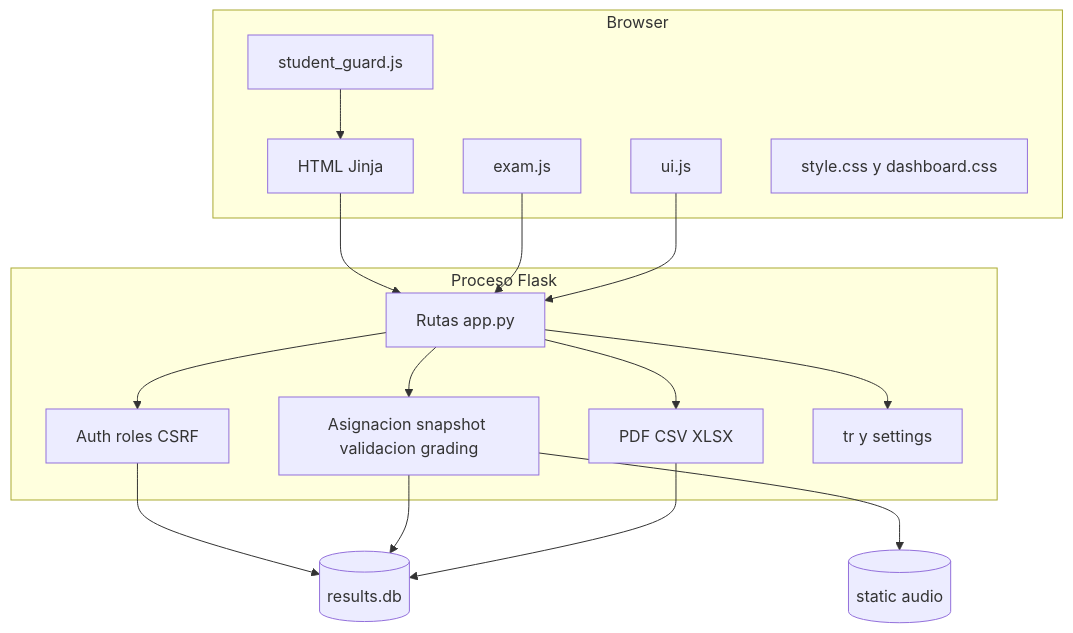
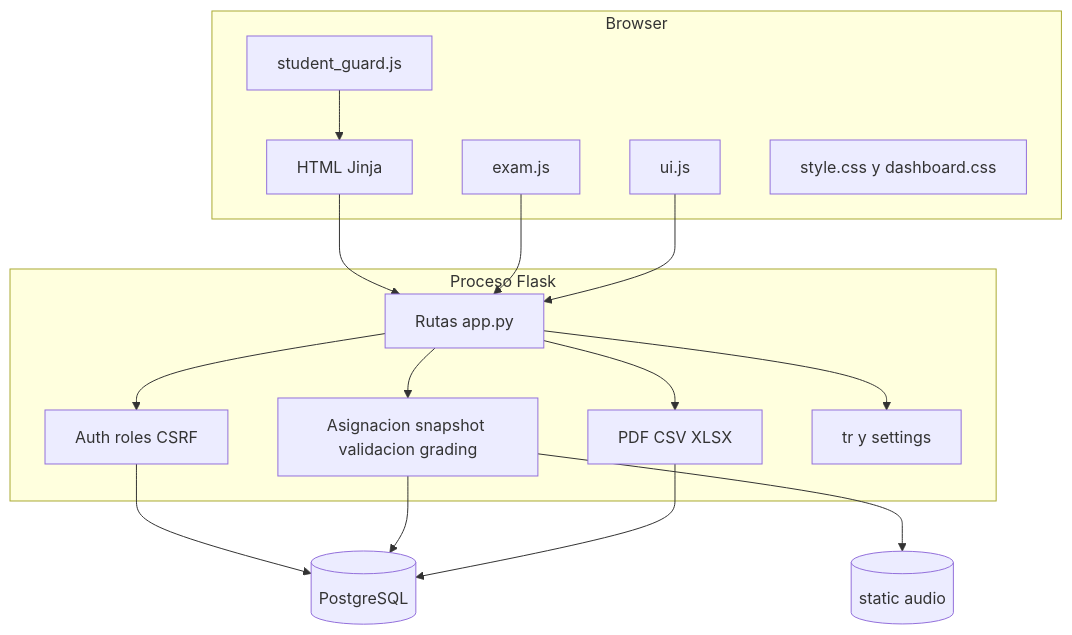
One commit to avismael/AssesStudio changed the second of 4 diagrams in docs/05-architecture.md. Above: the diagram before and after it, drawn with Mermaid. The commit also changed other lines of this file and 56 other files, not shown here.

````diff
--- a/docs/05-architecture.md
+++ b/docs/05-architecture.md
@@ -26,29 +26,29 @@
 ```mermaid
 flowchart TB
     subgraph Browser[Browser]
         Jinja[HTML Jinja]
         ExamJS[exam.js]
         UIJS[ui.js]
         Guard[student_guard.js]
         CSS[style.css y dashboard.css]
     end
     subgraph Flask[Proceso Flask]
         Routes[Rutas app.py]
         Auth[Auth roles CSRF]
         Domain[Asignacion snapshot validacion grading]
         Reports[PDF CSV XLSX]
         I18N[tr y settings]
     end
     Jinja --> Routes
     ExamJS --> Routes
     UIJS --> Routes
     Guard --> Jinja
     Routes --> Auth
     Routes --> Domain
     Routes --> Reports
     Routes --> I18N
-    Auth --> SQLite[(results.db)]
-    Domain --> SQLite
-    Reports --> SQLite
+    Auth --> PostgreSQL[(PostgreSQL)]
+    Domain --> PostgreSQL
+    Reports --> PostgreSQL
     Domain --> Files[(static audio)]
 ```
````
